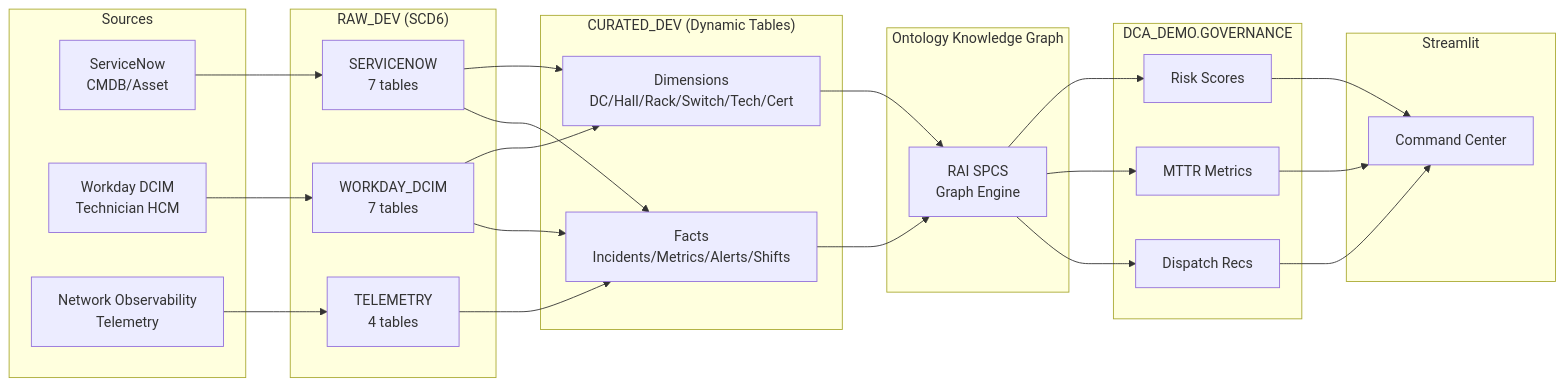
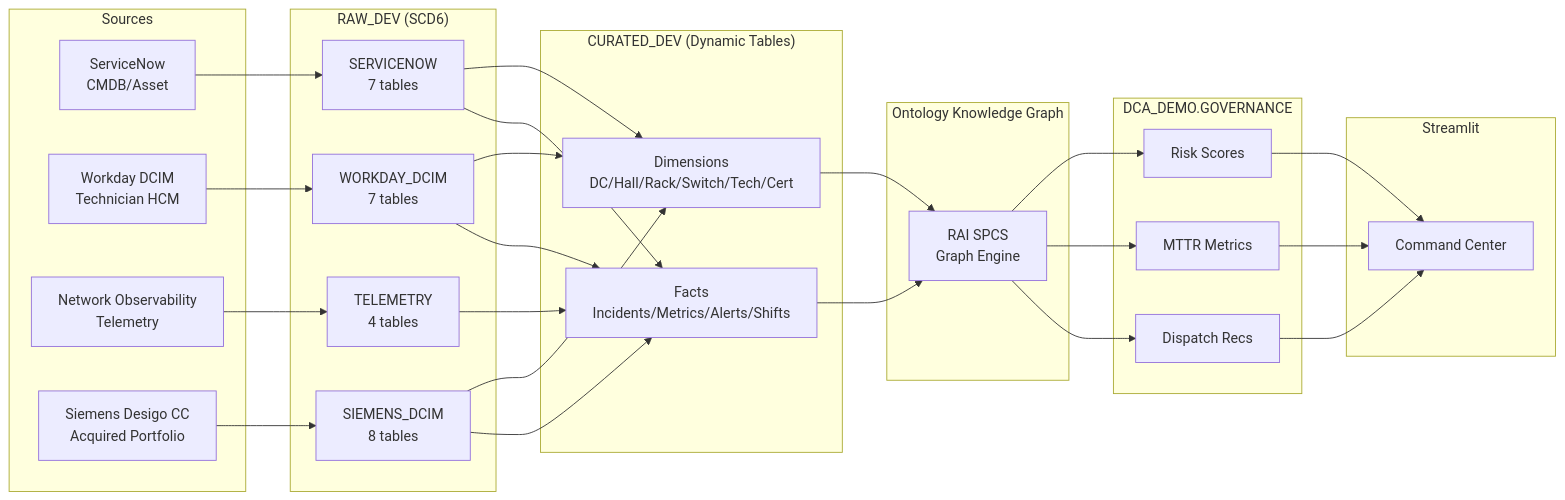
The first of 2 diagrams in industry-demos/dcim/README.md (sfc-gh-smitchener-1/snowflake-dca-fullstack-demo), drawn with Mermaid before and after one commit. The commit also changed other lines of this file and 14 other files, not shown here.

````diff
--- a/industry-demos/dcim/README.md
+++ b/industry-demos/dcim/README.md
@@ -39,50 +40,55 @@
 ```mermaid
 flowchart LR
     subgraph Sources
         SN[ServiceNow<br/>CMDB/Asset]
         WD[Workday DCIM<br/>Technician HCM]
         TEL[Network Observability<br/>Telemetry]
+        SM[Siemens Desigo CC<br/>Acquired Portfolio]
     end
 
     subgraph RAW["RAW_DEV (SCD6)"]
         SN_RAW[SERVICENOW<br/>7 tables]
         WD_RAW[WORKDAY_DCIM<br/>7 tables]
         TEL_RAW[TELEMETRY<br/>4 tables]
+        SM_RAW[SIEMENS_DCIM<br/>8 tables]
     end
 
     subgraph CURATED["CURATED_DEV (Dynamic Tables)"]
         DIMS[Dimensions<br/>DC/Hall/Rack/Switch/Tech/Cert]
         FACTS[Facts<br/>Incidents/Metrics/Alerts/Shifts]
     end
 
     subgraph GRAPH["Ontology Knowledge Graph"]
         RAI[RAI SPCS<br/>Graph Engine]
     end
 
     subgraph ANALYTICS["DCA_DEMO.GOVERNANCE"]
         RISK[Risk Scores]
         MTTR[MTTR Metrics]
         DISPATCH[Dispatch Recs]
     end
 
     subgraph UI[Streamlit]
         DASH[Command Center]
     end
 
     SN --> SN_RAW
     WD --> WD_RAW
     TEL --> TEL_RAW
+    SM --> SM_RAW
     SN_RAW --> DIMS
     WD_RAW --> DIMS
     TEL_RAW --> FACTS
     SN_RAW --> FACTS
     WD_RAW --> FACTS
+    SM_RAW --> DIMS
+    SM_RAW --> FACTS
     DIMS --> RAI
     FACTS --> RAI
     RAI --> RISK
     RAI --> MTTR
     RAI --> DISPATCH
     RISK --> DASH
     MTTR --> DASH
     DISPATCH --> DASH
 ```
````
